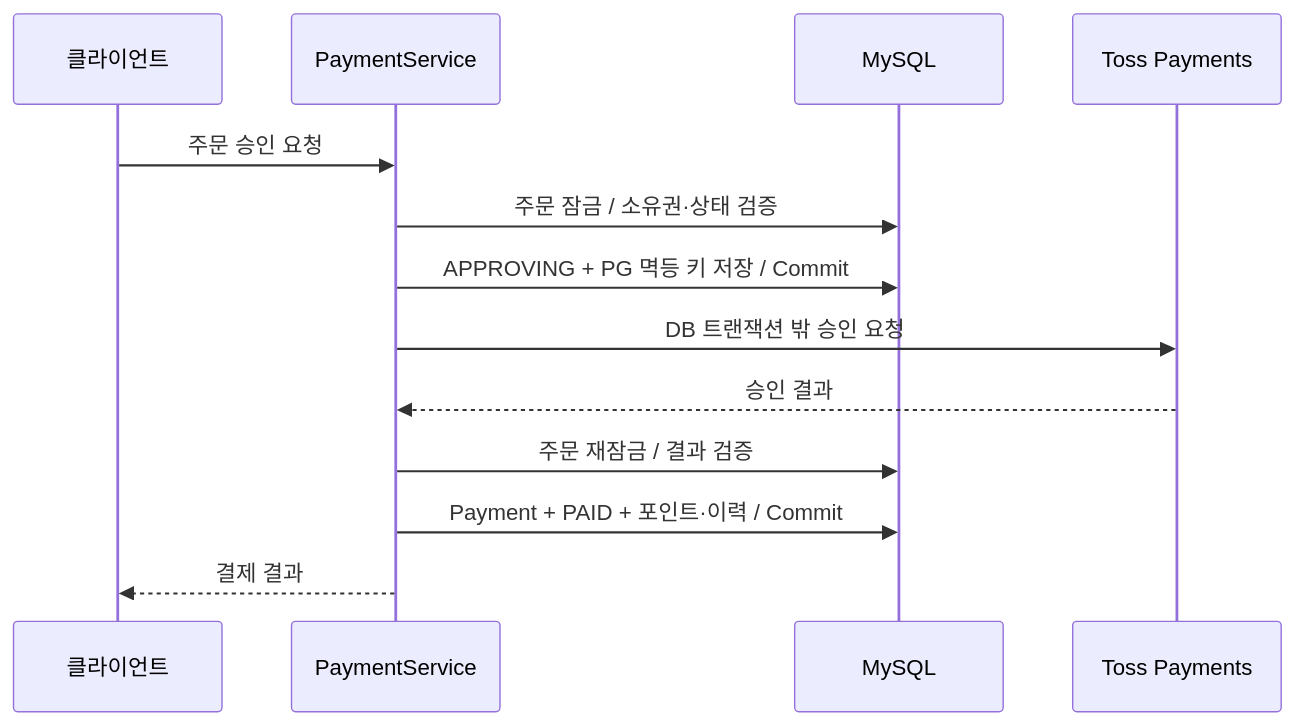
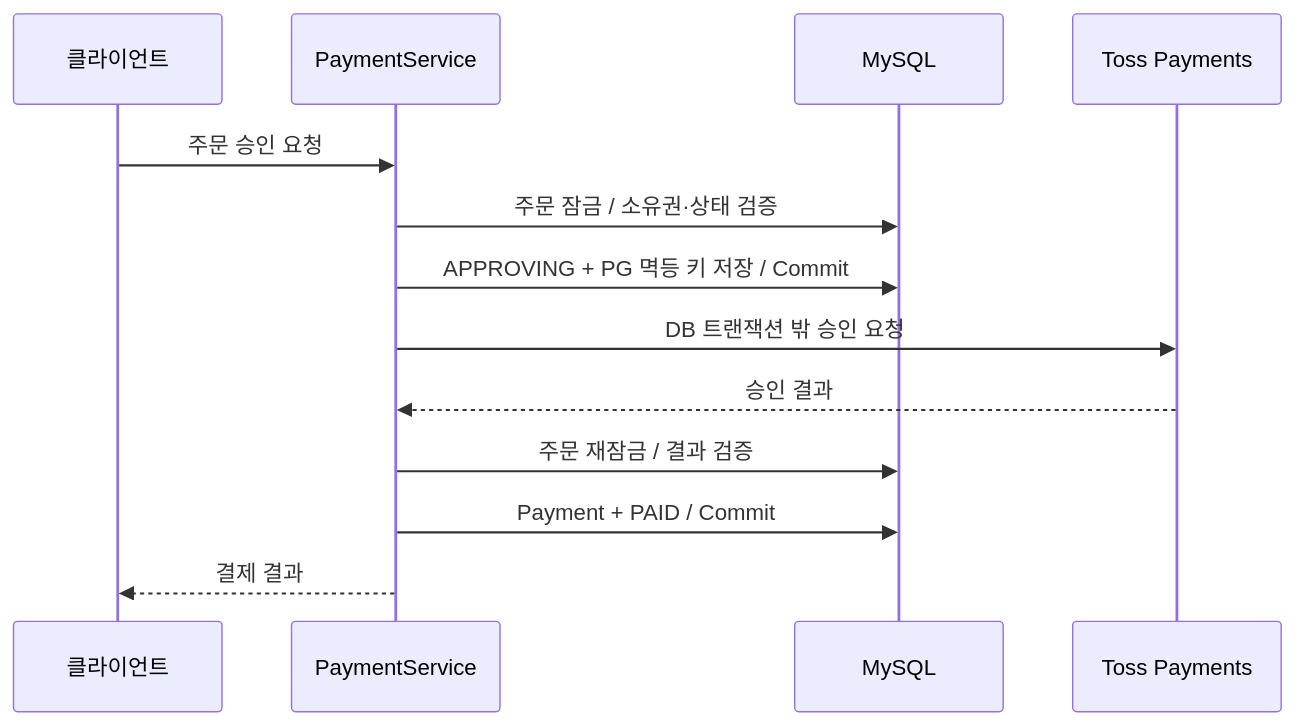
Before and after one commit to dongkyun0713/WIDYU-server: the diagram in docs/architecture/payment.md, drawn with Mermaid. The commit also changed other lines of this file and 18 other files, not shown here.

````diff
--- a/docs/architecture/payment.md
+++ b/docs/architecture/payment.md
@@ -18,15 +18,15 @@
 ```mermaid
 sequenceDiagram
     participant App as 클라이언트
     participant API as PaymentService
     participant DB as MySQL
     participant PG as Toss Payments
     App->>API: 주문 승인 요청
     API->>DB: 주문 잠금 / 소유권·상태 검증
     API->>DB: APPROVING + PG 멱등 키 저장 / Commit
     API->>PG: DB 트랜잭션 밖 승인 요청
     PG-->>API: 승인 결과
     API->>DB: 주문 재잠금 / 결과 검증
-    API->>DB: Payment + PAID + 포인트·이력 / Commit
+    API->>DB: Payment + PAID / Commit
     API-->>App: 결제 결과
 ```
````
